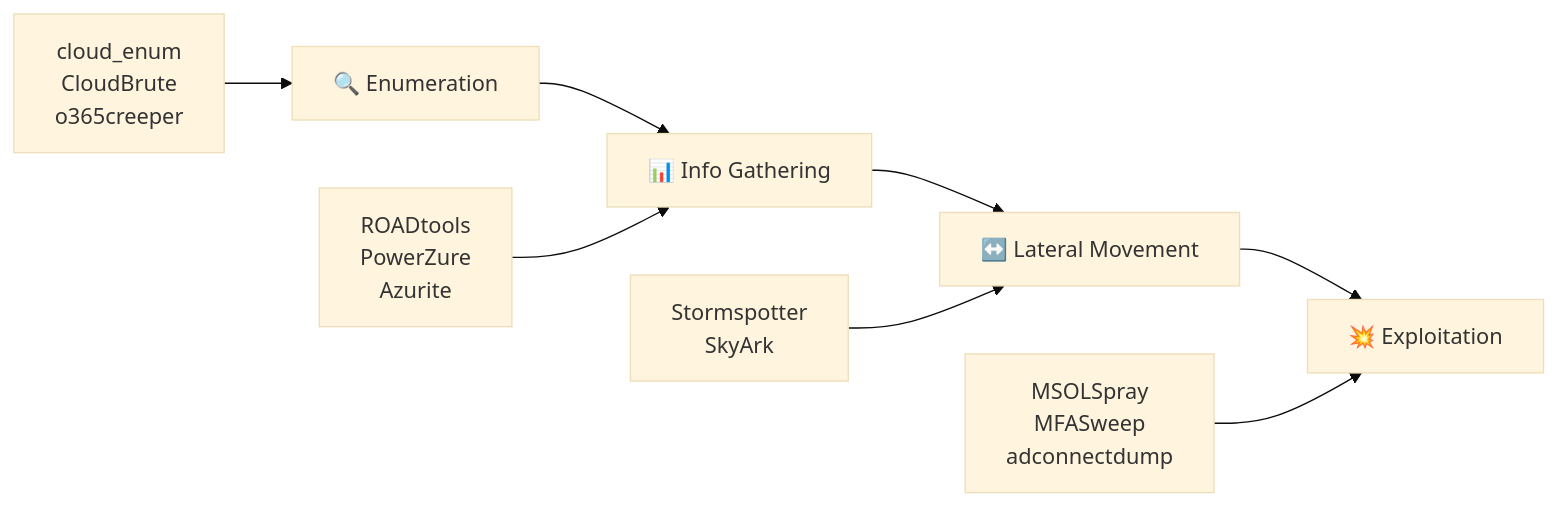
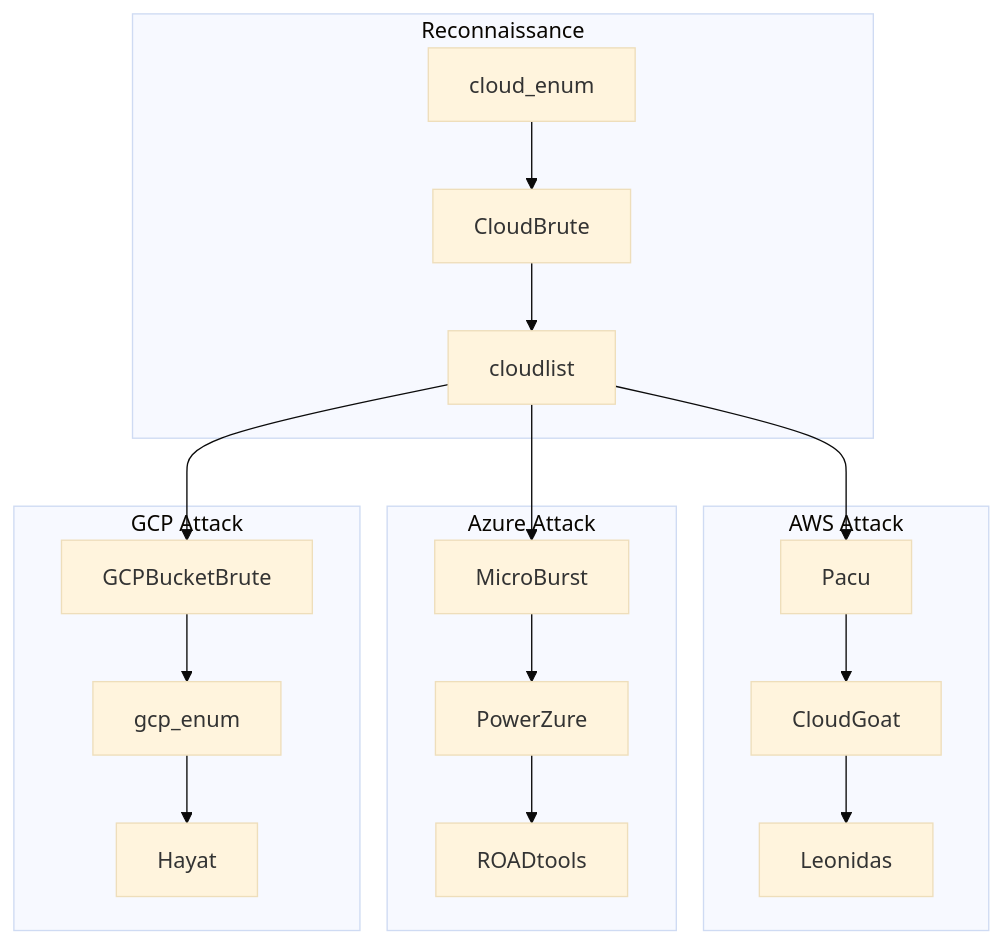
One commit to vanhoangkha/cloud-security-review changed the diagram in README.md. Above: the diagram before and after it, drawn with Mermaid (base theme). The commit also changed other lines of this file, not shown here.

Commit message:
Add comprehensive multi-cloud security coverage (AWS, Azure, GCP, K8s, Serverless)

````diff
--- a/README.md
+++ b/README.md
@@ -111,11 +77,26 @@
 ```mermaid
-graph LR
-    A[🔍 Enumeration] --> B[📊 Info Gathering]
-    B --> C[↔️ Lateral Movement]
-    C --> D[💥 Exploitation]
+graph TB
+    subgraph "Reconnaissance"
+        A1[cloud_enum] --> A2[CloudBrute]
+        A2 --> A3[cloudlist]
+    end
     
-    A1[cloud_enum<br>CloudBrute<br>o365creeper] --> A
-    B1[ROADtools<br>PowerZure<br>Azurite] --> B
-    C1[Stormspotter<br>SkyArk] --> C
-    D1[MSOLSpray<br>MFASweep<br>adconnectdump] --> D
+    subgraph "AWS Attack"
+        B1[Pacu] --> B2[CloudGoat]
+        B2 --> B3[Leonidas]
+    end
+    
+    subgraph "Azure Attack"
+        C1[MicroBurst] --> C2[PowerZure]
+        C2 --> C3[ROADtools]
+    end
+    
+    subgraph "GCP Attack"
+        D1[GCPBucketBrute] --> D2[gcp_enum]
+        D2 --> D3[Hayat]
+    end
+    
+    A3 --> B1
+    A3 --> C1
+    A3 --> D1
 ```
````
